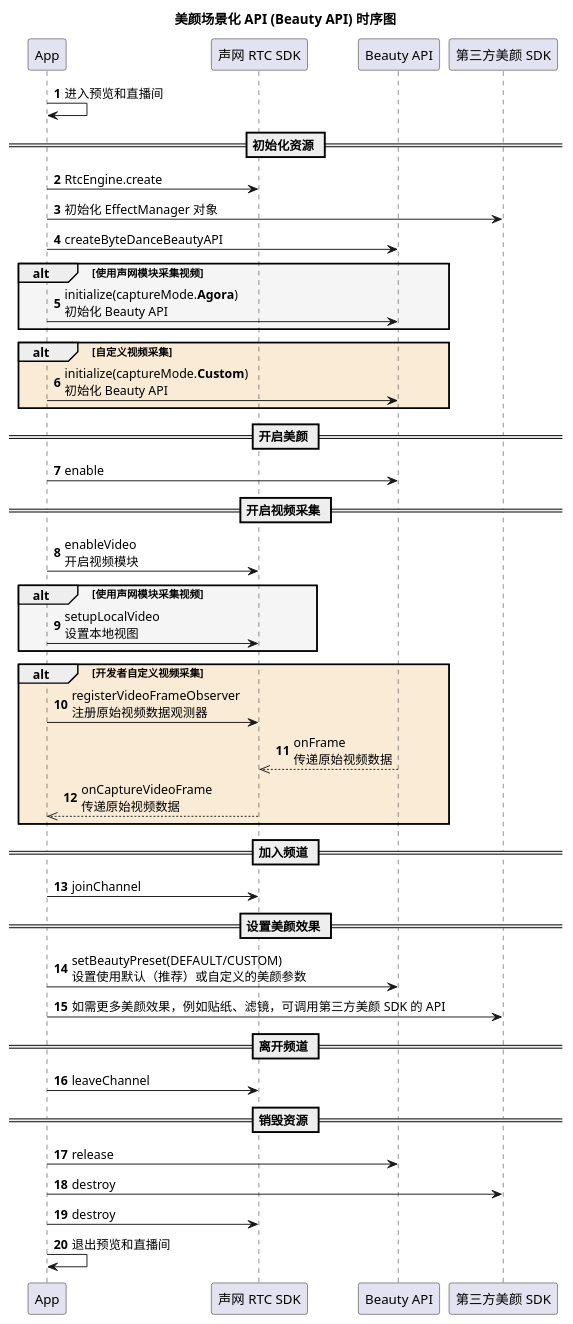
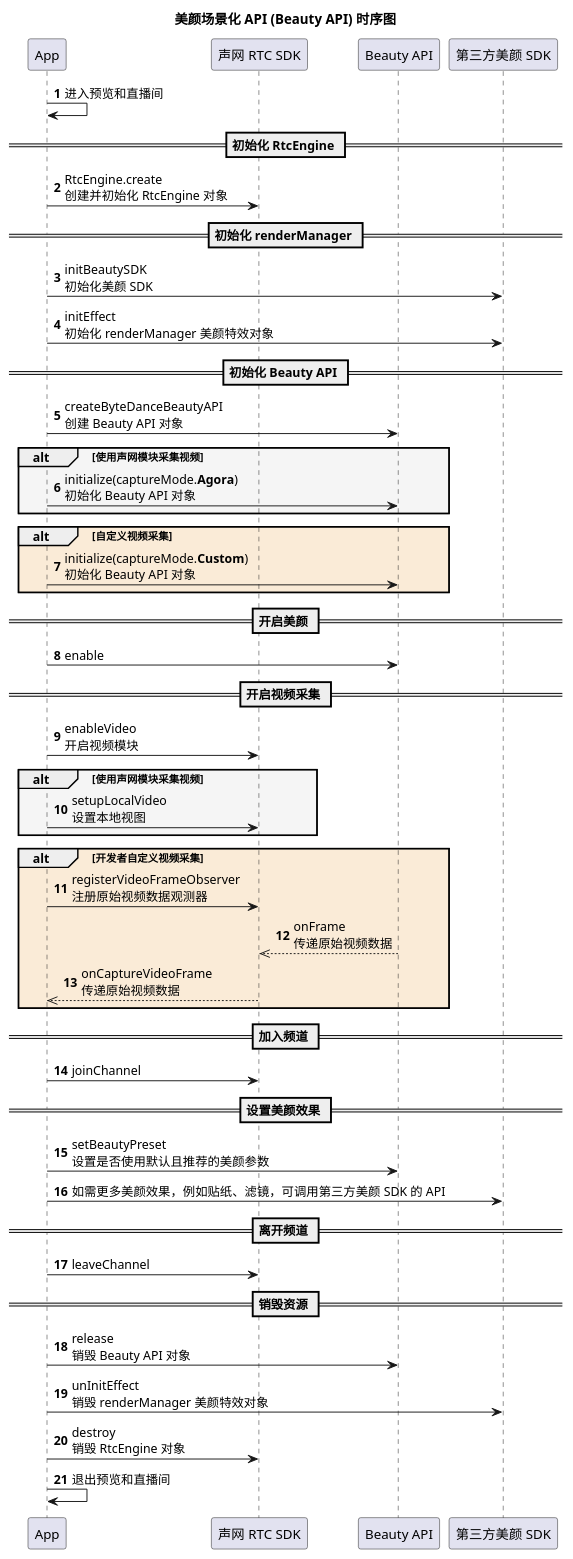
Before and after one commit to AgoraIO/agora_doc_source: the diagram in markdown/beauty/字节Android时序图.wsd, drawn with PlantUML. The commit also changed 1 other file, not shown here.

Commit message:
[beauty] update

```diff
--- a/markdown/beauty/字节Android时序图.wsd
+++ b/markdown/beauty/字节Android时序图.wsd
@@ -1,43 +1,46 @@
 @startuml
 autonumber
 title 美颜场景化 API (Beauty API) 时序图
 participant "App" as app
 participant "声网 RTC SDK" as rtc
 participant "Beauty API" as api
 participant "第三方美颜 SDK" as beauty
 app -> app: 进入预览和直播间
-== 初始化资源 ==
-app -> rtc: RtcEngine.create
-app -> beauty: 初始化 EffectManager 对象
-app -> api: createByteDanceBeautyAPI
+== 初始化 RtcEngine ==
+app -> rtc: RtcEngine.create \n创建并初始化 RtcEngine 对象
+== 初始化 renderManager ==
+app -> beauty: initBeautySDK \n初始化美颜 SDK
+app -> beauty: initEffect \n初始化 renderManager 美颜特效对象
+== 初始化 Beauty API ==
+app -> api: createByteDanceBeautyAPI \n创建 Beauty API 对象
 alt #WhiteSmoke 使用声网模块采集视频
-app -> api: initialize(captureMode.**Agora**) \n初始化 Beauty API
+app -> api: initialize(captureMode.**Agora**) \n初始化 Beauty API 对象
 end
 alt #AntiqueWhite 自定义视频采集
-app -> api: initialize(captureMode.**Custom**) \n初始化 Beauty API
+app -> api: initialize(captureMode.**Custom**) \n初始化 Beauty API 对象
 end
 == 开启美颜 ==
 app -> api: enable
 == 开启视频采集 ==
 app -> rtc: enableVideo \n开启视频模块
 alt #WhiteSmoke 使用声网模块采集视频
 app -> rtc: setupLocalVideo \n设置本地视图
 end
 alt #AntiqueWhite 开发者自定义视频采集
 app -> rtc: registerVideoFrameObserver \n注册原始视频数据观测器
 api -->> rtc: onFrame \n传递原始视频数据
 rtc -->> app: onCaptureVideoFrame \n传递原始视频数据
 end
 == 加入频道 ==
 app -> rtc: joinChannel
 == 设置美颜效果 ==
-app -> api: setBeautyPreset(DEFAULT/CUSTOM) \n设置使用默认（推荐）或自定义的美颜参数
+app -> api: setBeautyPreset \n设置是否使用默认且推荐的美颜参数
 app -> beauty: 如需更多美颜效果，例如贴纸、滤镜，可调用第三方美颜 SDK 的 API
 == 离开频道 ==
 app -> rtc: leaveChannel
 == 销毁资源 ==
-app -> api: release
-app -> beauty: destroy
-app -> rtc: destroy
+app -> api: release \n销毁 Beauty API 对象
+app -> beauty: unInitEffect \n销毁 renderManager 美颜特效对象
+app -> rtc: destroy \n销毁 RtcEngine 对象
 app -> app: 退出预览和直播间
 @enduml
```
